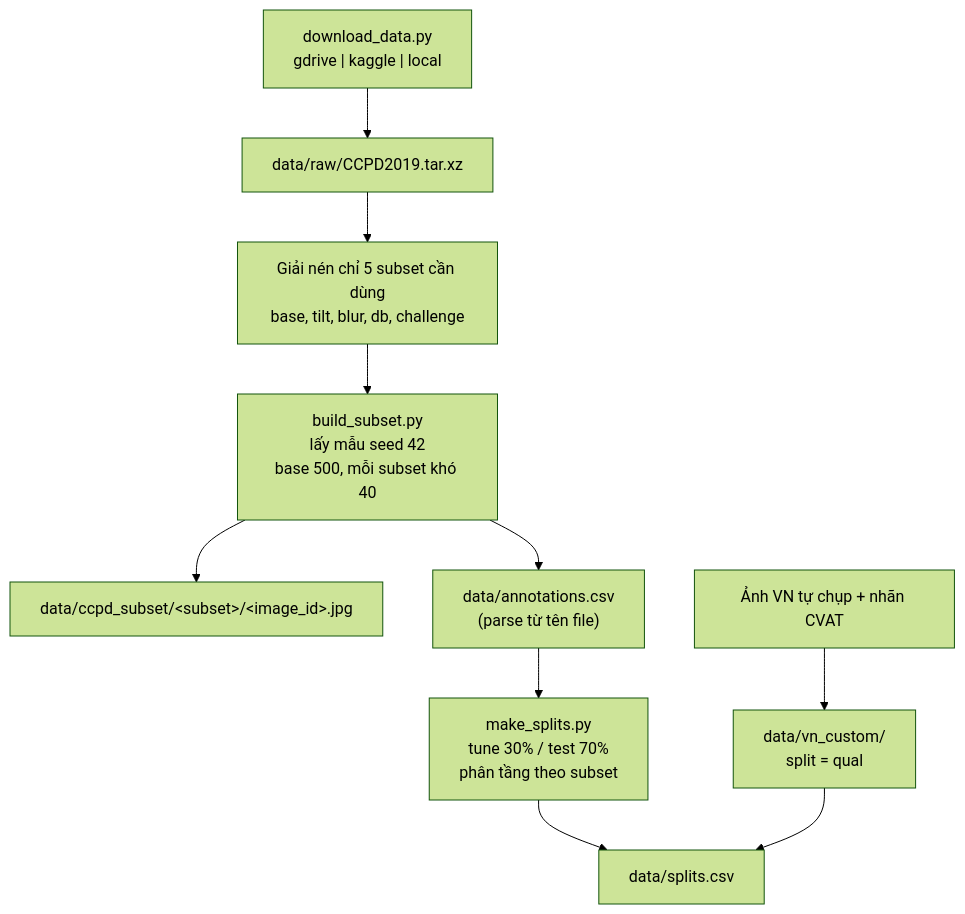
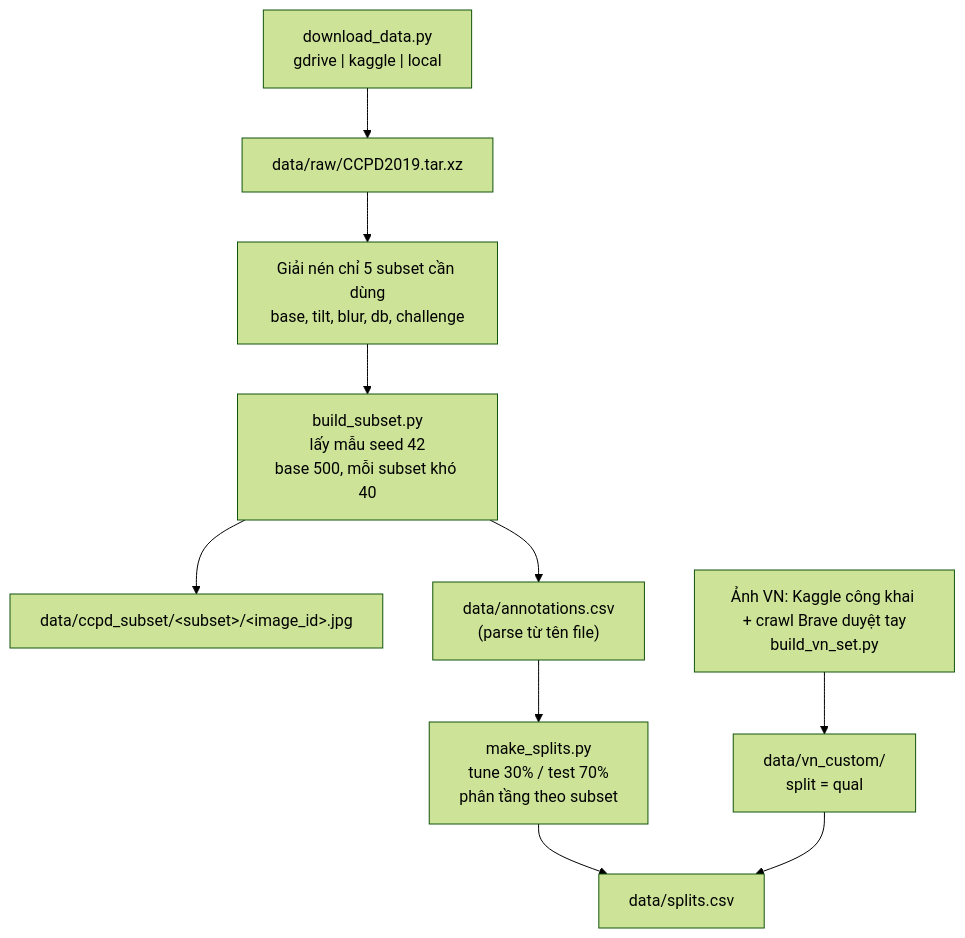
Before and after one commit to Lunarnguyen2809/lpr-classic: the second of 5 diagrams in SPEC.md, drawn with Mermaid (forest theme). The commit also changed other lines of this file and 15 other files, not shown here.

First line of the commit message:
feat(data): bộ ảnh VN định tính 187 ảnh (Kaggle + crawl Brave đã lọc)

````diff
--- a/SPEC.md
+++ b/SPEC.md
@@ -73,12 +73,12 @@
 ```mermaid
 flowchart TD
     A1["download_data.py<br/>gdrive | kaggle | local"] --> A2["data/raw/CCPD2019.tar.xz"]
     A2 --> A3["Giải nén chỉ 5 subset cần dùng<br/>base, tilt, blur, db, challenge"]
     A3 --> B1["build_subset.py<br/>lấy mẫu seed 42<br/>base 500, mỗi subset khó 40"]
     B1 --> B2["data/ccpd_subset/&lt;subset&gt;/&lt;image_id&gt;.jpg"]
     B1 --> B3["data/annotations.csv<br/>(parse từ tên file)"]
     B3 --> C1["make_splits.py<br/>tune 30% / test 70%<br/>phân tầng theo subset"]
     C1 --> C2["data/splits.csv"]
-    V1["Ảnh VN tự chụp + nhãn CVAT"] --> V2["data/vn_custom/<br/>split = qual"]
+    V1["Ảnh VN: Kaggle công khai + crawl Brave duyệt tay<br/>build_vn_set.py"] --> V2["data/vn_custom/<br/>split = qual"]
     V2 --> C2
 ```
````
